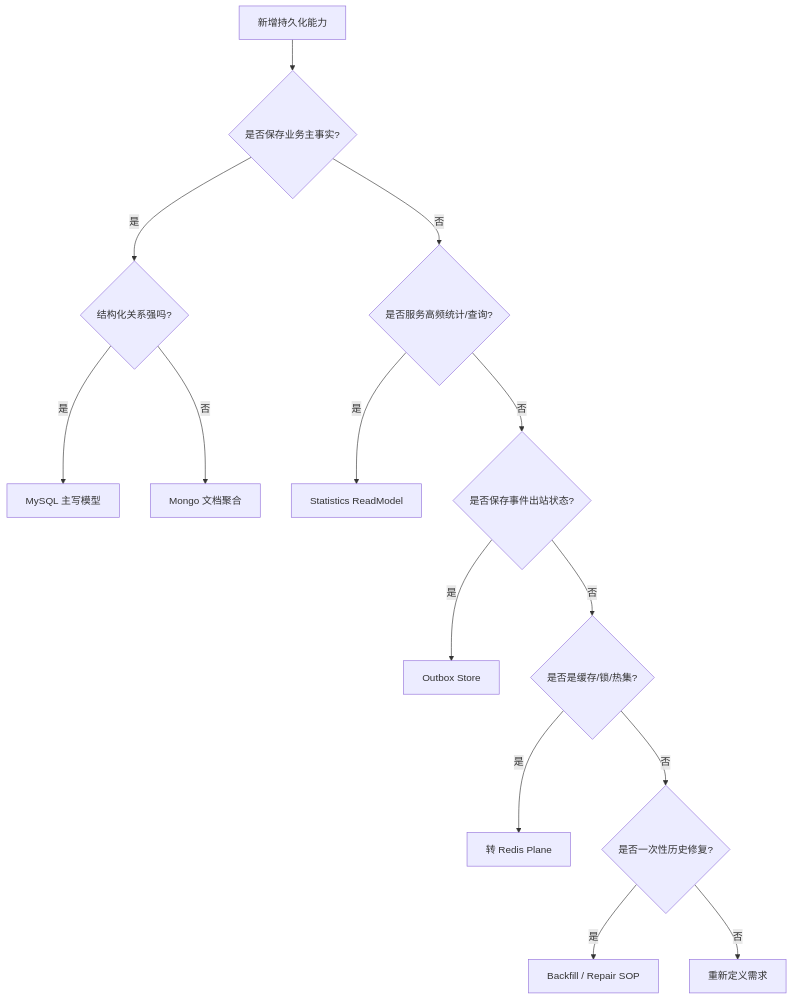
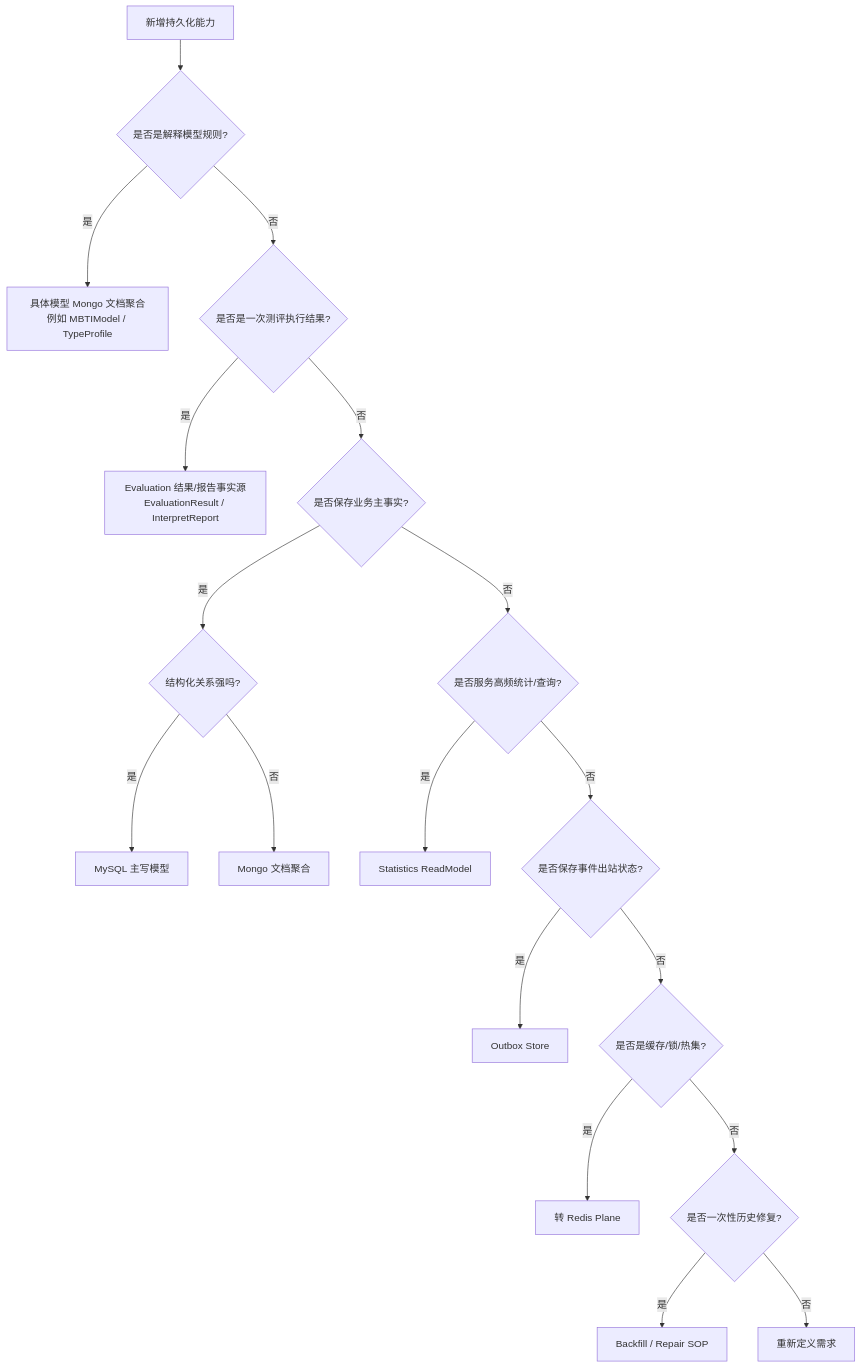
The diagram in docs/03-基础设施/data-access/05-新增持久化能力SOP.md (FangcunMount/qs-server), drawn with Mermaid before and after one commit. The commit also changed other lines of this file and 23 other files, not shown here.

````diff
--- a/docs/03-基础设施/data-access/05-新增持久化能力SOP.md
+++ b/docs/03-基础设施/data-access/05-新增持久化能力SOP.md
@@ -60,17 +63,22 @@
 ```mermaid
 flowchart TD
-    start["新增持久化能力"] --> write{"是否保存业务主事实?"}
+    start["新增持久化能力"] --> interp{"是否是解释模型规则?"}
+    interp -- 是 --> modeldoc["具体模型 Mongo 文档聚合\n例如 MBTIModel / TypeProfile"]
+    interp -- 否 --> result{"是否是一次测评执行结果?"}
+    result -- 是 --> evalstore["Evaluation 结果/报告事实源\nEvaluationResult / InterpretReport"]
+    result -- 否 --> write{"是否保存业务主事实?"}
+
     write -- 是 --> shape{"结构化关系强吗?"}
     shape -- 是 --> mysql["MySQL 主写模型"]
     shape -- 否 --> mongo["Mongo 文档聚合"]
 
     write -- 否 --> read{"是否服务高频统计/查询?"}
     read -- 是 --> readmodel["Statistics ReadModel"]
     read -- 否 --> event{"是否保存事件出站状态?"}
     event -- 是 --> outbox["Outbox Store"]
     event -- 否 --> cache{"是否是缓存/锁/热集?"}
     cache -- 是 --> redis["转 Redis Plane"]
     cache -- 否 --> repair{"是否一次性历史修复?"}
     repair -- 是 --> backfill["Backfill / Repair SOP"]
     repair -- 否 --> review["重新定义需求"]
 ```
````
